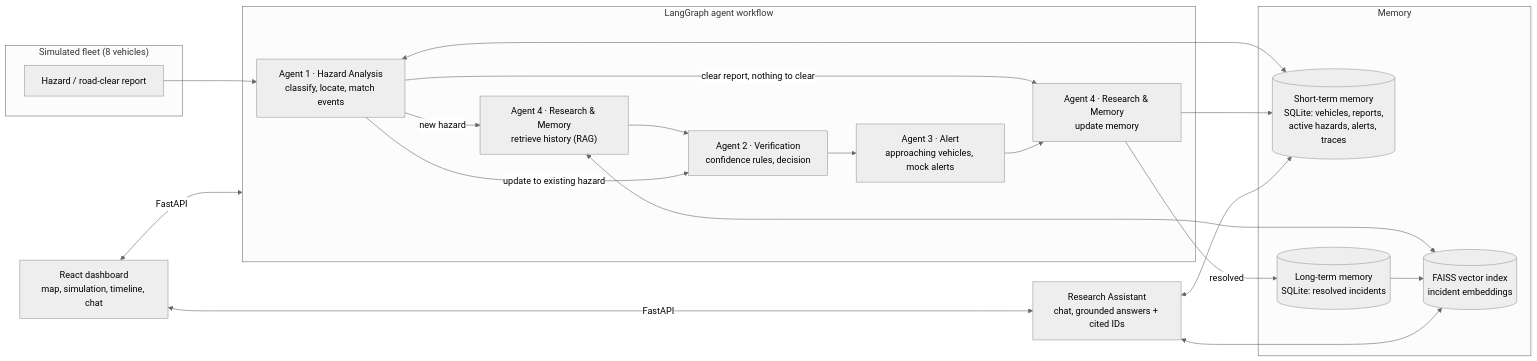
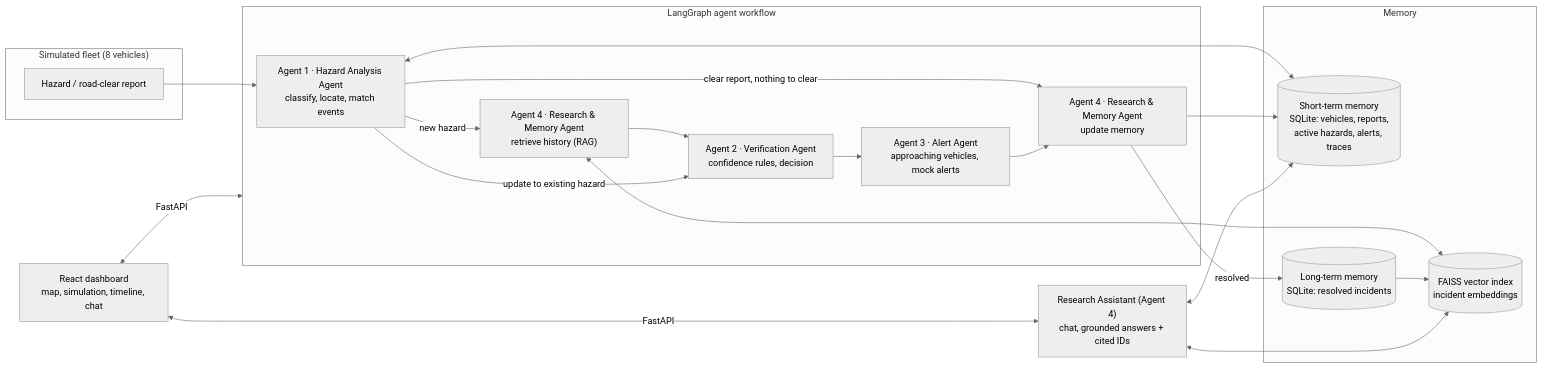
One commit to kirankh7/Autonomous-Safety-Agent-System changed the diagram in autonomous-vehicle-agent/README.md. Above: the diagram before and after it, drawn with Mermaid (neutral theme). The commit also changed other lines of this file and 18 other files, not shown here.

````diff
--- a/autonomous-vehicle-agent/README.md
+++ b/autonomous-vehicle-agent/README.md
@@ -30,37 +30,37 @@
 ```mermaid
 flowchart LR
     subgraph Vehicles["Simulated fleet (8 vehicles)"]
         R[Hazard / road-clear report]
     end
 
     subgraph Graph["LangGraph agent workflow"]
-        A1["Agent 1 · Hazard Analysis<br/>classify, locate, match events"]
-        A4a["Agent 4 · Research & Memory<br/>retrieve history (RAG)"]
-        A2["Agent 2 · Verification<br/>confidence rules, decision"]
-        A3["Agent 3 · Alert<br/>approaching vehicles, mock alerts"]
-        A4b["Agent 4 · Research & Memory<br/>update memory"]
+        A1["Agent 1 · Hazard Analysis Agent<br/>classify, locate, match events"]
+        A4a["Agent 4 · Research & Memory Agent<br/>retrieve history (RAG)"]
+        A2["Agent 2 · Verification Agent<br/>confidence rules, decision"]
+        A3["Agent 3 · Alert Agent<br/>approaching vehicles, mock alerts"]
+        A4b["Agent 4 · Research & Memory Agent<br/>update memory"]
         A1 -- new hazard --> A4a --> A2
         A1 -- update to existing hazard --> A2
         A1 -- clear report, nothing to clear --> A4b
         A2 --> A3 --> A4b
     end
 
     subgraph Memory
         STM[("Short-term memory<br/>SQLite: vehicles, reports,<br/>active hazards, alerts, traces")]
         LTM[("Long-term memory<br/>SQLite: resolved incidents")]
         VEC[("FAISS vector index<br/>incident embeddings")]
     end
 
-    RA["Research Assistant<br/>chat, grounded answers + cited IDs"]
+    RA["Research Assistant (Agent 4)<br/>chat, grounded answers + cited IDs"]
     UI["React dashboard<br/>map, simulation, timeline, chat"]
 
     R --> A1
     A1 <--> STM
     A4a <--> VEC
     A4b --> STM
     A4b -- resolved --> LTM --> VEC
     RA <--> STM
     RA <--> VEC
     UI <-- FastAPI --> Graph
     UI <-- FastAPI --> RA
 ```
````
